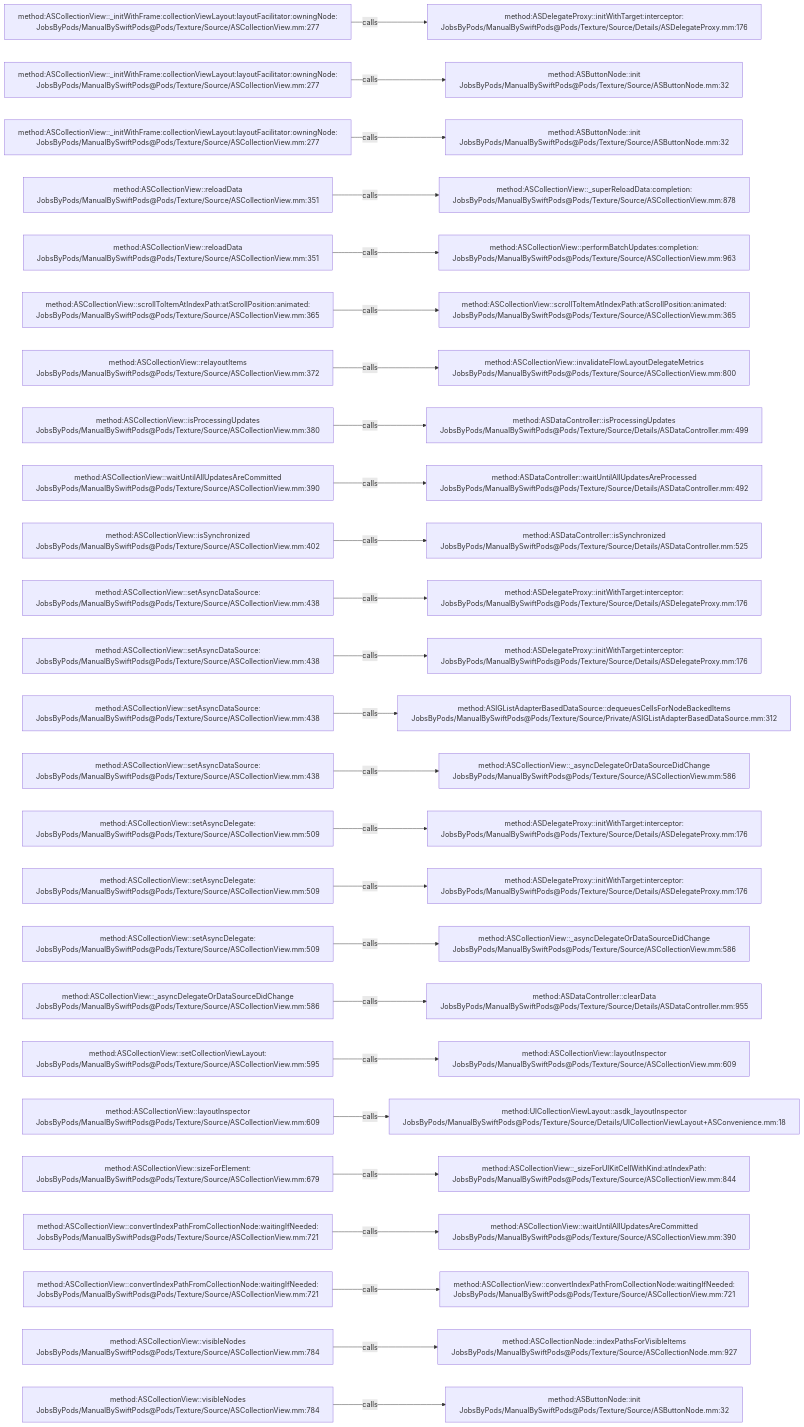
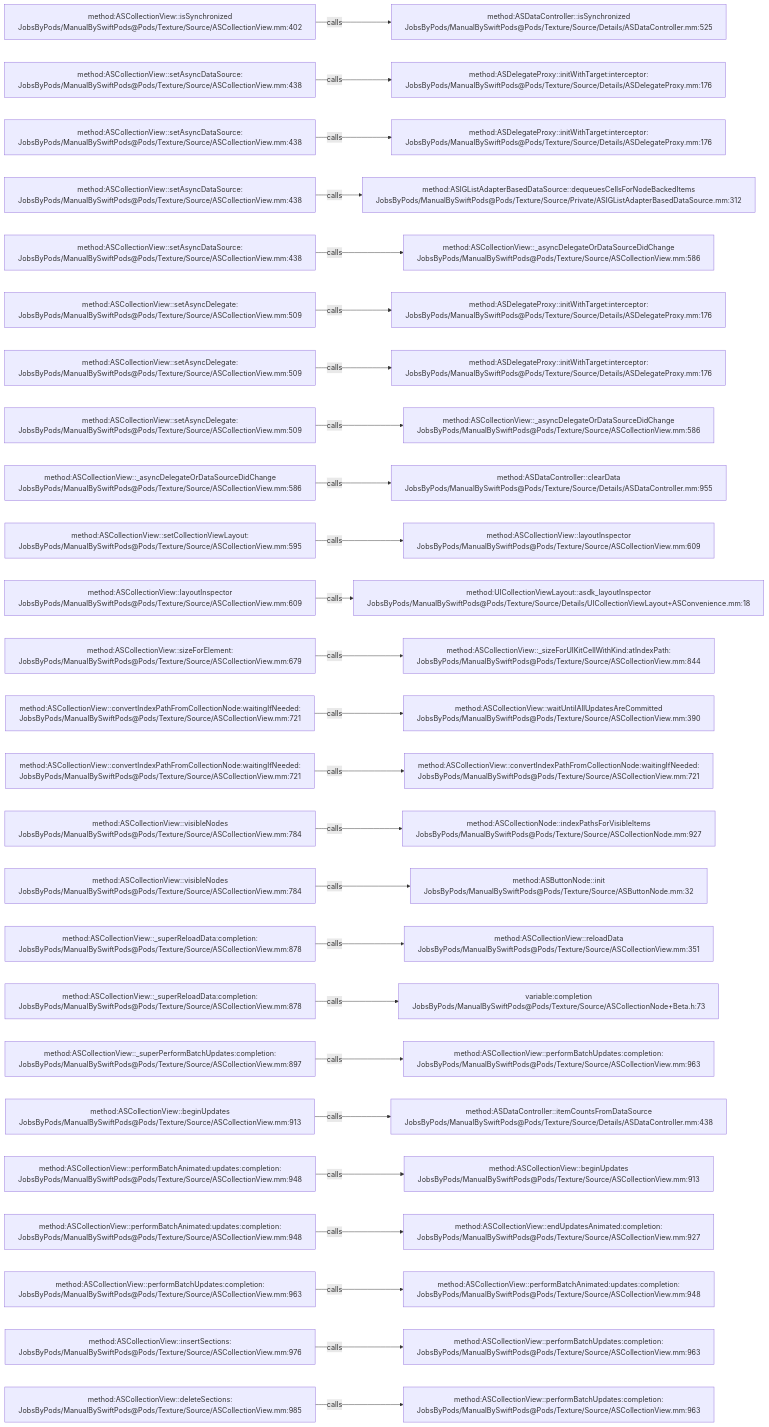
Before and after one commit to JobsKits/JobsSwiftBaseConfigDemo: the diagram in .codegraph/codegraph.md/graphs/calls-011.md, drawn with Mermaid. The commit also changed 707 other files, not shown here.

````diff
--- a/.codegraph/codegraph.md/graphs/calls-011.md
+++ b/.codegraph/codegraph.md/graphs/calls-011.md
@@ -13,78 +13,78 @@
 ```mermaid
 flowchart LR
-  S1["method:ASCollectionView::_initWithFrame:collectionViewLayout:layoutFacilitator:owningNode:<br/>JobsByPods/ManualBySwiftPods@Pods/Texture/Source/ASCollectionView.mm:277"]
-  T1["method:ASDelegateProxy::initWithTarget:interceptor:<br/>JobsByPods/ManualBySwiftPods@Pods/Texture/Source/Details/ASDelegateProxy.mm:176"]
+  S1["method:ASCollectionView::isSynchronized<br/>JobsByPods/ManualBySwiftPods@Pods/Texture/Source/ASCollectionView.mm:402"]
+  T1["method:ASDataController::isSynchronized<br/>JobsByPods/ManualBySwiftPods@Pods/Texture/Source/Details/ASDataController.mm:525"]
   S1 -->|calls| T1
-  S2["method:ASCollectionView::_initWithFrame:collectionViewLayout:layoutFacilitator:owningNode:<br/>JobsByPods/ManualBySwiftPods@Pods/Texture/Source/ASCollectionView.mm:277"]
-  T2["method:ASButtonNode::init<br/>JobsByPods/ManualBySwiftPods@Pods/Texture/Source/ASButtonNode.mm:32"]
+  S2["method:ASCollectionView::setAsyncDataSource:<br/>JobsByPods/ManualBySwiftPods@Pods/Texture/Source/ASCollectionView.mm:438"]
+  T2["method:ASDelegateProxy::initWithTarget:interceptor:<br/>JobsByPods/ManualBySwiftPods@Pods/Texture/Source/Details/ASDelegateProxy.mm:176"]
   S2 -->|calls| T2
-  S3["method:ASCollectionView::_initWithFrame:collectionViewLayout:layoutFacilitator:owningNode:<br/>JobsByPods/ManualBySwiftPods@Pods/Texture/Source/ASCollectionView.mm:277"]
-  T3["method:ASButtonNode::init<br/>JobsByPods/ManualBySwiftPods@Pods/Texture/Source/ASButtonNode.mm:32"]
+  S3["method:ASCollectionView::setAsyncDataSource:<br/>JobsByPods/ManualBySwiftPods@Pods/Texture/Source/ASCollectionView.mm:438"]
+  T3["method:ASDelegateProxy::initWithTarget:interceptor:<br/>JobsByPods/ManualBySwiftPods@Pods/Texture/Source/Details/ASDelegateProxy.mm:176"]
   S3 -->|calls| T3
-  S4["method:ASCollectionView::reloadData<br/>JobsByPods/ManualBySwiftPods@Pods/Texture/Source/ASCollectionView.mm:351"]
-  T4["method:ASCollectionView::_superReloadData:completion:<br/>JobsByPods/ManualBySwiftPods@Pods/Texture/Source/ASCollectionView.mm:878"]
+  S4["method:ASCollectionView::setAsyncDataSource:<br/>JobsByPods/ManualBySwiftPods@Pods/Texture/Source/ASCollectionView.mm:438"]
+  T4["method:ASIGListAdapterBasedDataSource::dequeuesCellsForNodeBackedItems<br/>JobsByPods/ManualBySwiftPods@Pods/Texture/Source/Private/ASIGListAdapterBasedDataSource.mm:312"]
   S4 -->|calls| T4
-  S5["method:ASCollectionView::reloadData<br/>JobsByPods/ManualBySwiftPods@Pods/Texture/Source/ASCollectionView.mm:351"]
-  T5["method:ASCollectionView::performBatchUpdates:completion:<br/>JobsByPods/ManualBySwiftPods@Pods/Texture/Source/ASCollectionView.mm:963"]
+  S5["method:ASCollectionView::setAsyncDataSource:<br/>JobsByPods/ManualBySwiftPods@Pods/Texture/Source/ASCollectionView.mm:438"]
+  T5["method:ASCollectionView::_asyncDelegateOrDataSourceDidChange<br/>JobsByPods/ManualBySwiftPods@Pods/Texture/Source/ASCollectionView.mm:586"]
   S5 -->|calls| T5
-  S6["method:ASCollectionView::scrollToItemAtIndexPath:atScrollPosition:animated:<br/>JobsByPods/ManualBySwiftPods@Pods/Texture/Source/ASCollectionView.mm:365"]
-  T6["method:ASCollectionView::scrollToItemAtIndexPath:atScrollPosition:animated:<br/>JobsByPods/ManualBySwiftPods@Pods/Texture/Source/ASCollectionView.mm:365"]
+  S6["method:ASCollectionView::setAsyncDelegate:<br/>JobsByPods/ManualBySwiftPods@Pods/Texture/Source/ASCollectionView.mm:509"]
+  T6["method:ASDelegateProxy::initWithTarget:interceptor:<br/>JobsByPods/ManualBySwiftPods@Pods/Texture/Source/Details/ASDelegateProxy.mm:176"]
   S6 -->|calls| T6
-  S7["method:ASCollectionView::relayoutItems<br/>JobsByPods/ManualBySwiftPods@Pods/Texture/Source/ASCollectionView.mm:372"]
-  T7["method:ASCollectionView::invalidateFlowLayoutDelegateMetrics<br/>JobsByPods/ManualBySwiftPods@Pods/Texture/Source/ASCollectionView.mm:800"]
+  S7["method:ASCollectionView::setAsyncDelegate:<br/>JobsByPods/ManualBySwiftPods@Pods/Texture/Source/ASCollectionView.mm:509"]
+  T7["method:ASDelegateProxy::initWithTarget:interceptor:<br/>JobsByPods/ManualBySwiftPods@Pods/Texture/Source/Details/ASDelegateProxy.mm:176"]
   S7 -->|calls| T7
-  S8["method:ASCollectionView::isProcessingUpdates<br/>JobsByPods/ManualBySwiftPods@Pods/Texture/Source/ASCollectionView.mm:380"]
-  T8["method:ASDataController::isProcessingUpdates<br/>JobsByPods/ManualBySwiftPods@Pods/Texture/Source/Details/ASDataController.mm:499"]
+  S8["method:ASCollectionView::setAsyncDelegate:<br/>JobsByPods/ManualBySwiftPods@Pods/Texture/Source/ASCollectionView.mm:509"]
+  T8["method:ASCollectionView::_asyncDelegateOrDataSourceDidChange<br/>JobsByPods/ManualBySwiftPods@Pods/Texture/Source/ASCollectionView.mm:586"]
   S8 -->|calls| T8
-  S9["method:ASCollectionView::waitUntilAllUpdatesAreCommitted<br/>JobsByPods/ManualBySwiftPods@Pods/Texture/Source/ASCollectionView.mm:390"]
-  T9["method:ASDataController::waitUntilAllUpdatesAreProcessed<br/>JobsByPods/ManualBySwiftPods@Pods/Texture/Source/Details/ASDataController.mm:492"]
+  S9["method:ASCollectionView::_asyncDelegateOrDataSourceDidChange<br/>JobsByPods/ManualBySwiftPods@Pods/Texture/Source/ASCollectionView.mm:586"]
+  T9["method:ASDataController::clearData<br/>JobsByPods/ManualBySwiftPods@Pods/Texture/Source/Details/ASDataController.mm:955"]
   S9 -->|calls| T9
-  S10["method:ASCollectionView::isSynchronized<br/>JobsByPods/ManualBySwiftPods@Pods/Texture/Source/ASCollectionView.mm:402"]
-  T10["method:ASDataController::isSynchronized<br/>JobsByPods/ManualBySwiftPods@Pods/Texture/Source/Details/ASDataController.mm:525"]
+  S10["method:ASCollectionView::setCollectionViewLayout:<br/>JobsByPods/ManualBySwiftPods@Pods/Texture/Source/ASCollectionView.mm:595"]
+  T10["method:ASCollectionView::layoutInspector<br/>JobsByPods/ManualBySwiftPods@Pods/Texture/Source/ASCollectionView.mm:609"]
   S10 -->|calls| T10
-  S11["method:ASCollectionView::setAsyncDataSource:<br/>JobsByPods/ManualBySwiftPods@Pods/Texture/Source/ASCollectionView.mm:438"]
-  T11["method:ASDelegateProxy::initWithTarget:interceptor:<br/>JobsByPods/ManualBySwiftPods@Pods/Texture/Source/Details/ASDelegateProxy.mm:176"]
+  S11["method:ASCollectionView::layoutInspector<br/>JobsByPods/ManualBySwiftPods@Pods/Texture/Source/ASCollectionView.mm:609"]
+  T11["method:UICollectionViewLayout::asdk_layoutInspector<br/>JobsByPods/ManualBySwiftPods@Pods/Texture/Source/Details/UICollectionViewLayout+ASConvenience.mm:18"]
   S11 -->|calls| T11
-  S12["method:ASCollectionView::setAsyncDataSource:<br/>JobsByPods/ManualBySwiftPods@Pods/Texture/Source/ASCollectionView.mm:438"]
-  T12["method:ASDelegateProxy::initWithTarget:interceptor:<br/>JobsByPods/ManualBySwiftPods@Pods/Texture/Source/Details/ASDelegateProxy.mm:176"]
+  S12["method:ASCollectionView::sizeForElement:<br/>JobsByPods/ManualBySwiftPods@Pods/Texture/Source/ASCollectionView.mm:679"]
+  T12["method:ASCollectionView::_sizeForUIKitCellWithKind:atIndexPath:<br/>JobsByPods/ManualBySwiftPods@Pods/Texture/Source/ASCollectionView.mm:844"]
   S12 -->|calls| T12
-  S13["method:ASCollectionView::setAsyncDataSource:<br/>JobsByPods/ManualBySwiftPods@Pods/Texture/Source/ASCollectionView.mm:438"]
-  T13["method:ASIGListAdapterBasedDataSource::dequeuesCellsForNodeBackedItems<br/>JobsByPods/ManualBySwiftPods@Pods/Texture/Source/Private/ASIGListAdapterBasedDataSource.mm:312"]
+  S13["method:ASCollectionView::convertIndexPathFromCollectionNode:waitingIfNeeded:<br/>JobsByPods/ManualBySwiftPods@Pods/Texture/Source/ASCollectionView.mm:721"]
+  T13["method:ASCollectionView::waitUntilAllUpdatesAreCommitted<br/>JobsByPods/ManualBySwiftPods@Pods/Texture/Source/ASCollectionView.mm:390"]
   S13 -->|calls| T13
-  S14["method:ASCollectionView::setAsyncDataSource:<br/>JobsByPods/ManualBySwiftPods@Pods/Texture/Source/ASCollectionView.mm:438"]
-  T14["method:ASCollectionView::_asyncDelegateOrDataSourceDidChange<br/>JobsByPods/ManualBySwiftPods@Pods/Texture/Source/ASCollectionView.mm:586"]
+  S14["method:ASCollectionView::convertIndexPathFromCollectionNode:waitingIfNeeded:<br/>JobsByPods/ManualBySwiftPods@Pods/Texture/Source/ASCollectionView.mm:721"]
+  T14["method:ASCollectionView::convertIndexPathFromCollectionNode:waitingIfNeeded:<br/>JobsByPods/ManualBySwiftPods@Pods/Texture/Source/ASCollectionView.mm:721"]
   S14 -->|calls| T14
-  S15["method:ASCollectionView::setAsyncDelegate:<br/>JobsByPods/ManualBySwiftPods@Pods/Texture/Source/ASCollectionView.mm:509"]
-  T15["method:ASDelegateProxy::initWithTarget:interceptor:<br/>JobsByPods/ManualBySwiftPods@Pods/Texture/Source/Details/ASDelegateProxy.mm:176"]
+  S15["method:ASCollectionView::visibleNodes<br/>JobsByPods/ManualBySwiftPods@Pods/Texture/Source/ASCollectionView.mm:784"]
+  T15["method:ASCollectionNode::indexPathsForVisibleItems<br/>JobsByPods/ManualBySwiftPods@Pods/Texture/Source/ASCollectionNode.mm:927"]
   S15 -->|calls| T15
-  S16["method:ASCollectionView::setAsyncDelegate:<br/>JobsByPods/ManualBySwiftPods@Pods/Texture/Source/ASCollectionView.mm:509"]
-  T16["method:ASDelegateProxy::initWithTarget:interceptor:<br/>JobsByPods/ManualBySwiftPods@Pods/Texture/Source/Details/ASDelegateProxy.mm:176"]
+  S16["method:ASCollectionView::visibleNodes<br/>JobsByPods/ManualBySwiftPods@Pods/Texture/Source/ASCollectionView.mm:784"]
+  T16["method:ASButtonNode::init<br/>JobsByPods/ManualBySwiftPods@Pods/Texture/Source/ASButtonNode.mm:32"]
   S16 -->|calls| T16
-  S17["method:ASCollectionView::setAsyncDelegate:<br/>JobsByPods/ManualBySwiftPods@Pods/Texture/Source/ASCollectionView.mm:509"]
-  T17["method:ASCollectionView::_asyncDelegateOrDataSourceDidChange<br/>JobsByPods/ManualBySwiftPods@Pods/Texture/Source/ASCollectionView.mm:586"]
+  S17["method:ASCollectionView::_superReloadData:completion:<br/>JobsByPods/ManualBySwiftPods@Pods/Texture/Source/ASCollectionView.mm:878"]
+  T17["method:ASCollectionView::reloadData<br/>JobsByPods/ManualBySwiftPods@Pods/Texture/Source/ASCollectionView.mm:351"]
   S17 -->|calls| T17
-  S18["method:ASCollectionView::_asyncDelegateOrDataSourceDidChange<br/>JobsByPods/ManualBySwiftPods@Pods/Texture/Source/ASCollectionView.mm:586"]
-  T18["method:ASDataController::clearData<br/>JobsByPods/ManualBySwiftPods@Pods/Texture/Source/Details/ASDataController.mm:955"]
+  S18["method:ASCollectionView::_superReloadData:completion:<br/>JobsByPods/ManualBySwiftPods@Pods/Texture/Source/ASCollectionView.mm:878"]
+  T18["variable:completion<br/>JobsByPods/ManualBySwiftPods@Pods/Texture/Source/ASCollectionNode+Beta.h:73"]
   S18 -->|calls| T18
-  S19["method:ASCollectionView::setCollectionViewLayout:<br/>JobsByPods/ManualBySwiftPods@Pods/Texture/Source/ASCollectionView.mm:595"]
-  T19["method:ASCollectionView::layoutInspector<br/>JobsByPods/ManualBySwiftPods@Pods/Texture/Source/ASCollectionView.mm:609"]
+  S19["method:ASCollectionView::_superPerformBatchUpdates:completion:<br/>JobsByPods/ManualBySwiftPods@Pods/Texture/Source/ASCollectionView.mm:897"]
+  T19["method:ASCollectionView::performBatchUpdates:completion:<br/>JobsByPods/ManualBySwiftPods@Pods/Texture/Source/ASCollectionView.mm:963"]
   S19 -->|calls| T19
-  S20["method:ASCollectionView::layoutInspector<br/>JobsByPods/ManualBySwiftPods@Pods/Texture/Source/ASCollectionView.mm:609"]
-  T20["method:UICollectionViewLayout::asdk_layoutInspector<br/>JobsByPods/ManualBySwiftPods@Pods/Texture/Source/Details/UICollectionViewLayout+ASConvenience.mm:18"]
+  S20["method:ASCollectionView::beginUpdates<br/>JobsByPods/ManualBySwiftPods@Pods/Texture/Source/ASCollectionView.mm:913"]
+  T20["method:ASDataController::itemCountsFromDataSource<br/>JobsByPods/ManualBySwiftPods@Pods/Texture/Source/Details/ASDataController.mm:438"]
   S20 -->|calls| T20
-  S21["method:ASCollectionView::sizeForElement:<br/>JobsByPods/ManualBySwiftPods@Pods/Texture/Source/ASCollectionView.mm:679"]
-  T21["method:ASCollectionView::_sizeForUIKitCellWithKind:atIndexPath:<br/>JobsByPods/ManualBySwiftPods@Pods/Texture/Source/ASCollectionView.mm:844"]
+  S21["method:ASCollectionView::performBatchAnimated:updates:completion:<br/>JobsByPods/ManualBySwiftPods@Pods/Texture/Source/ASCollectionView.mm:948"]
+  T21["method:ASCollectionView::beginUpdates<br/>JobsByPods/ManualBySwiftPods@Pods/Texture/Source/ASCollectionView.mm:913"]
   S21 -->|calls| T21
-  S22["method:ASCollectionView::convertIndexPathFromCollectionNode:waitingIfNeeded:<br/>JobsByPods/ManualBySwiftPods@Pods/Texture/Source/ASCollectionView.mm:721"]
-  T22["method:ASCollectionView::waitUntilAllUpdatesAreCommitted<br/>JobsByPods/ManualBySwiftPods@Pods/Texture/Source/ASCollectionView.mm:390"]
+  S22["method:ASCollectionView::performBatchAnimated:updates:completion:<br/>JobsByPods/ManualBySwiftPods@Pods/Texture/Source/ASCollectionView.mm:948"]
+  T22["method:ASCollectionView::endUpdatesAnimated:completion:<br/>JobsByPods/ManualBySwiftPods@Pods/Texture/Source/ASCollectionView.mm:927"]
   S22 -->|calls| T22
-  S23["method:ASCollectionView::convertIndexPathFromCollectionNode:waitingIfNeeded:<br/>JobsByPods/ManualBySwiftPods@Pods/Texture/Source/ASCollectionView.mm:721"]
-  T23["method:ASCollectionView::convertIndexPathFromCollectionNode:waitingIfNeeded:<br/>JobsByPods/ManualBySwiftPods@Pods/Texture/Source/ASCollectionView.mm:721"]
+  S23["method:ASCollectionView::performBatchUpdates:completion:<br/>JobsByPods/ManualBySwiftPods@Pods/Texture/Source/ASCollectionView.mm:963"]
+  T23["method:ASCollectionView::performBatchAnimated:updates:completion:<br/>JobsByPods/ManualBySwiftPods@Pods/Texture/Source/ASCollectionView.mm:948"]
   S23 -->|calls| T23
-  S24["method:ASCollectionView::visibleNodes<br/>JobsByPods/ManualBySwiftPods@Pods/Texture/Source/ASCollectionView.mm:784"]
-  T24["method:ASCollectionNode::indexPathsForVisibleItems<br/>JobsByPods/ManualBySwiftPods@Pods/Texture/Source/ASCollectionNode.mm:927"]
+  S24["method:ASCollectionView::insertSections:<br/>JobsByPods/ManualBySwiftPods@Pods/Texture/Source/ASCollectionView.mm:976"]
+  T24["method:ASCollectionView::performBatchUpdates:completion:<br/>JobsByPods/ManualBySwiftPods@Pods/Texture/Source/ASCollectionView.mm:963"]
   S24 -->|calls| T24
-  S25["method:ASCollectionView::visibleNodes<br/>JobsByPods/ManualBySwiftPods@Pods/Texture/Source/ASCollectionView.mm:784"]
-  T25["method:ASButtonNode::init<br/>JobsByPods/ManualBySwiftPods@Pods/Texture/Source/ASButtonNode.mm:32"]
+  S25["method:ASCollectionView::deleteSections:<br/>JobsByPods/ManualBySwiftPods@Pods/Texture/Source/ASCollectionView.mm:985"]
+  T25["method:ASCollectionView::performBatchUpdates:completion:<br/>JobsByPods/ManualBySwiftPods@Pods/Texture/Source/ASCollectionView.mm:963"]
   S25 -->|calls| T25
 ```
````
